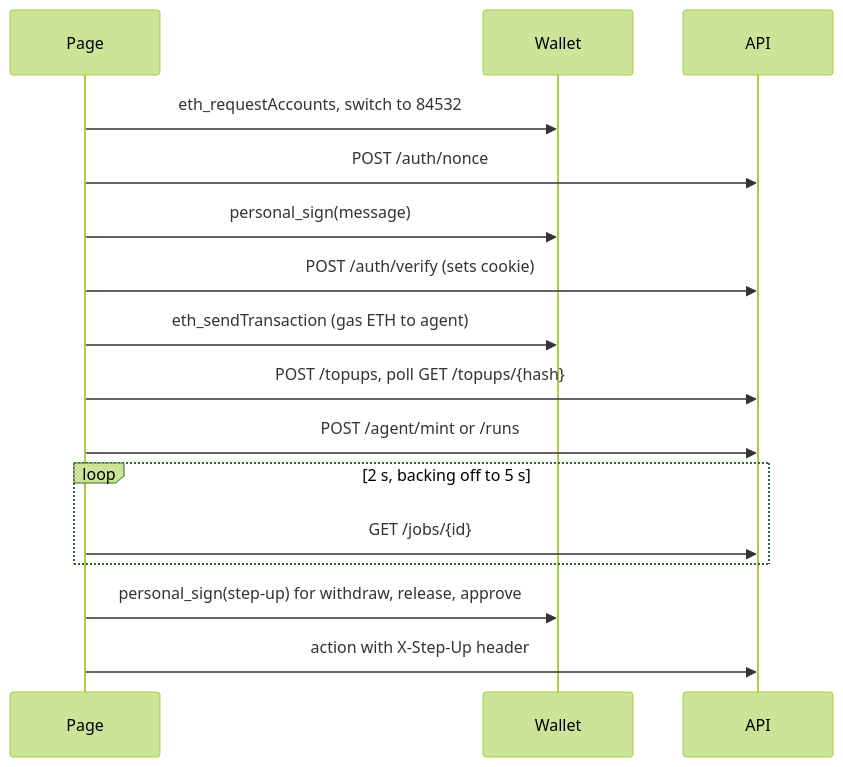
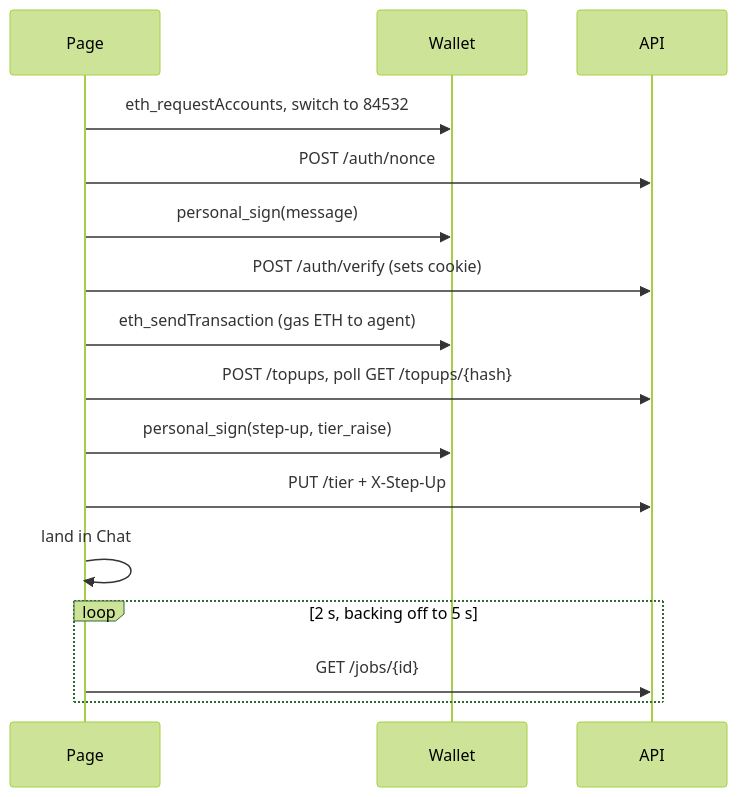
Before and after one commit to thaicuong576/agent-wallet: the second of 2 diagrams in docs/architecture/ui.md, drawn with Mermaid (forest theme). The commit also changed other lines of this file and 34 other files, not shown here.

````diff
--- a/docs/architecture/ui.md
+++ b/docs/architecture/ui.md
@@ -38,18 +72,18 @@
 ```mermaid
 sequenceDiagram
   participant P as Page
   participant W as Wallet
   participant A as API
   P->>W: eth_requestAccounts, switch to 84532
   P->>A: POST /auth/nonce
   P->>W: personal_sign(message)
   P->>A: POST /auth/verify (sets cookie)
   P->>W: eth_sendTransaction (gas ETH to agent)
   P->>A: POST /topups, poll GET /topups/{hash}
-  P->>A: POST /agent/mint or /runs
+  P->>W: personal_sign(step-up, tier_raise)
+  P->>A: PUT /tier + X-Step-Up
+  P->>P: land in Chat
   loop 2 s, backing off to 5 s
     P->>A: GET /jobs/{id}
   end
-  P->>W: personal_sign(step-up) for withdraw, release, approve
-  P->>A: action with X-Step-Up header
 ```
````
